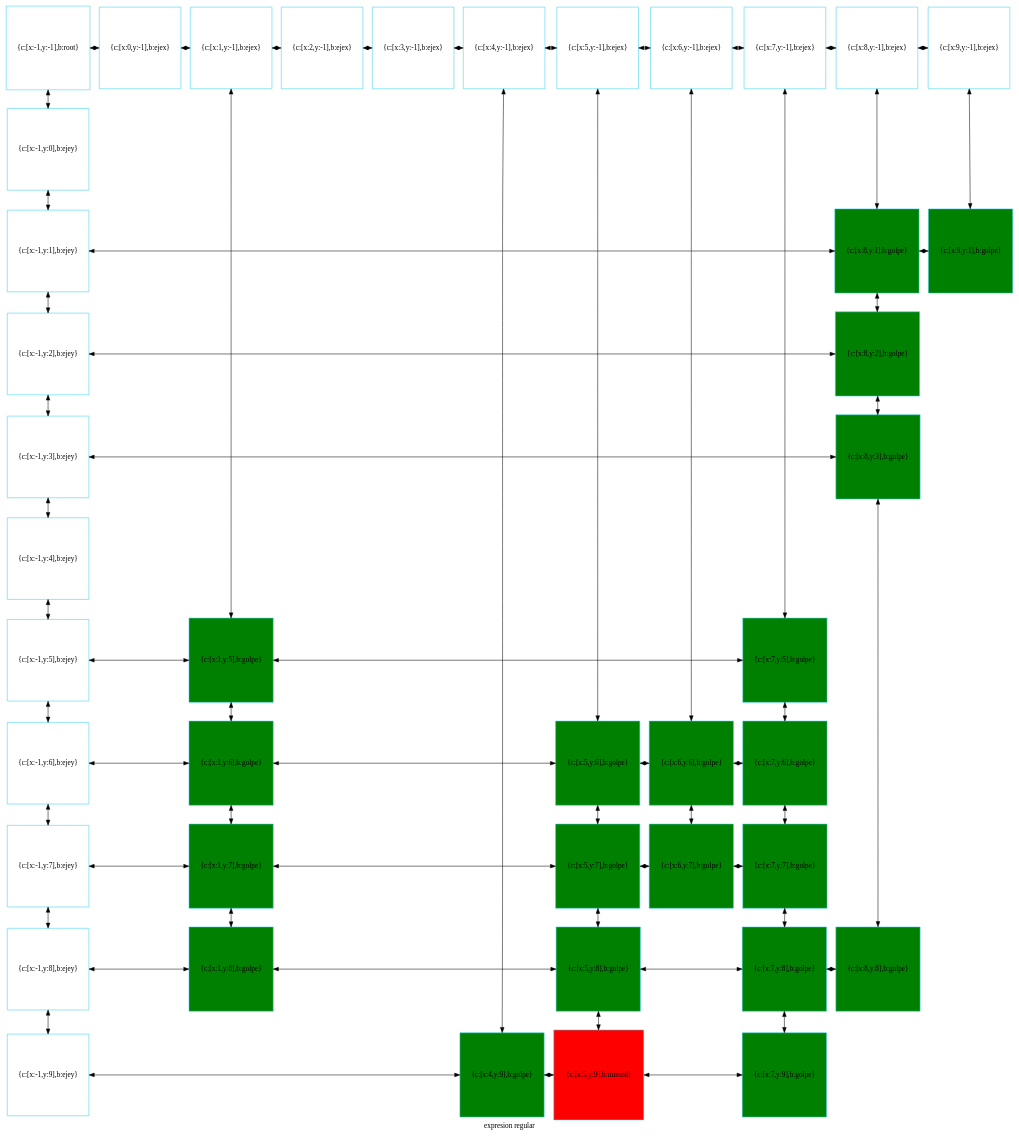
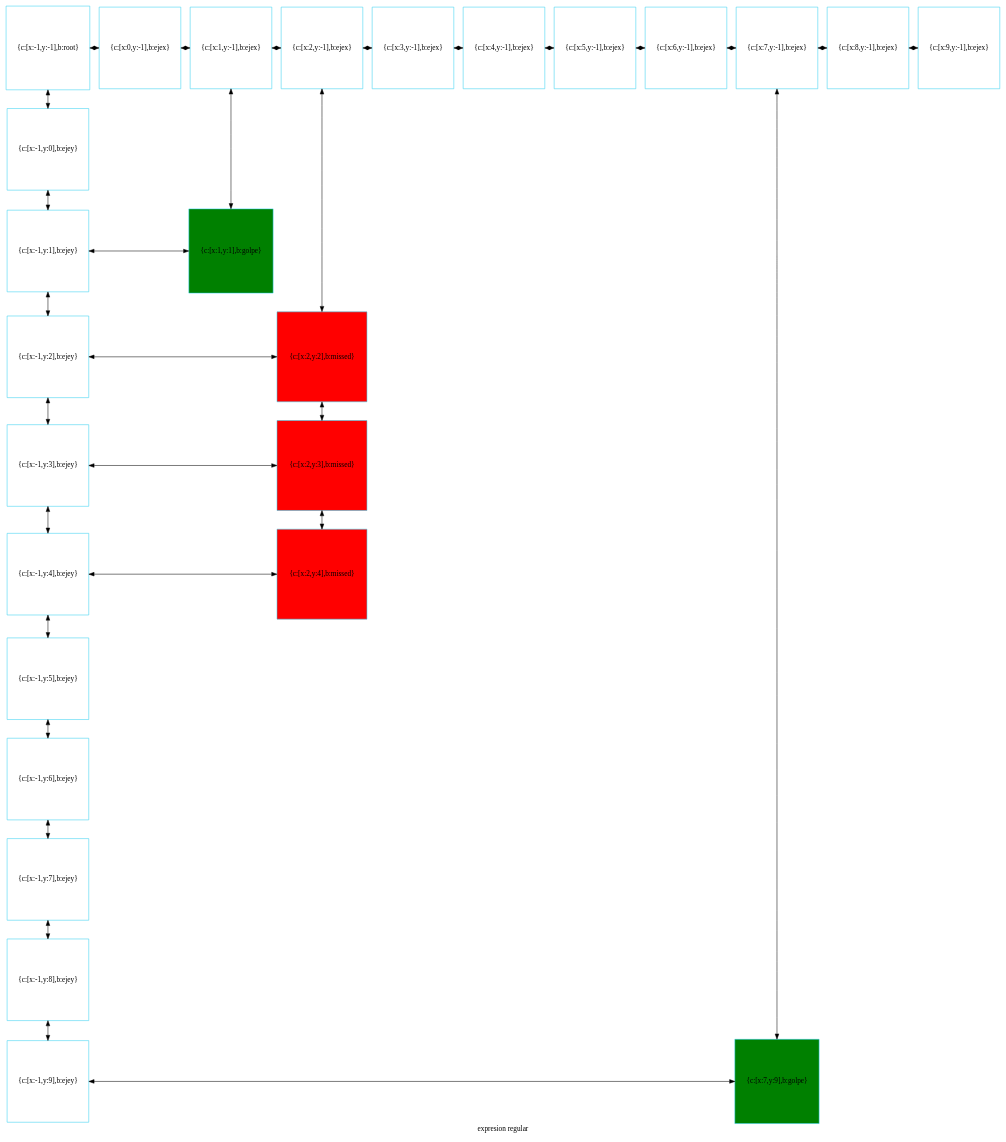
Before and after one commit to betebetoven/EDDS2F2: the diagram in disp_jug.dot, drawn with Graphviz. The commit also changed 41 other files, not shown here.

```diff
--- a/disp_jug.dot
+++ b/disp_jug.dot
@@ -1,124 +1,76 @@
 digraph G
 {label="expresion regular"
         node[shape = square]
         node[style = filled]
         node[fillcolor = "#EEEEE"]
         node[color = "#EEEEE"]
         node[color = "#31CEF0"]
 
-1731289695136[label="{c:[x:-1,y:-1],b:root}",fillcolor = "white"]
-1731289695280[label="{c:[x:0,y:-1],b:ejex}",fillcolor = "white"]
-1731289695424[label="{c:[x:1,y:-1],b:ejex}",fillcolor = "white"]
-1731289695568[label="{c:[x:2,y:-1],b:ejex}",fillcolor = "white"]
-1731289695712[label="{c:[x:3,y:-1],b:ejex}",fillcolor = "white"]
-1731289695856[label="{c:[x:4,y:-1],b:ejex}",fillcolor = "white"]
-1731289696000[label="{c:[x:5,y:-1],b:ejex}",fillcolor = "white"]
-1731289696144[label="{c:[x:6,y:-1],b:ejex}",fillcolor = "white"]
-1731289696288[label="{c:[x:7,y:-1],b:ejex}",fillcolor = "white"]
-1731289696432[label="{c:[x:8,y:-1],b:ejex}",fillcolor = "white"]
-1731289696576[label="{c:[x:9,y:-1],b:ejex}",fillcolor = "white"]
-1731289696720[label="{c:[x:-1,y:0],b:ejey}",fillcolor = "white"]
-1731289696864[label="{c:[x:-1,y:1],b:ejey}",fillcolor = "white"]
-1731289414432[label="{c:[x:8,y:1],b:golpe}",fillcolor = "green"]
-1731289665488[label="{c:[x:9,y:1],b:golpe}",fillcolor = "green"]
-1731289697008[label="{c:[x:-1,y:2],b:ejey}",fillcolor = "white"]
-1731289414768[label="{c:[x:8,y:2],b:golpe}",fillcolor = "green"]
-1731289697152[label="{c:[x:-1,y:3],b:ejey}",fillcolor = "white"]
-1731289415104[label="{c:[x:8,y:3],b:golpe}",fillcolor = "green"]
-1731289697296[label="{c:[x:-1,y:4],b:ejey}",fillcolor = "white"]
-1731289697440[label="{c:[x:-1,y:5],b:ejey}",fillcolor = "white"]
-1731289413088[label="{c:[x:1,y:5],b:golpe}",fillcolor = "green"]
-1731289664288[label="{c:[x:7,y:5],b:golpe}",fillcolor = "green"]
-1731289697584[label="{c:[x:-1,y:6],b:ejey}",fillcolor = "white"]
-1731289413424[label="{c:[x:1,y:6],b:golpe}",fillcolor = "green"]
-1731289415440[label="{c:[x:5,y:6],b:golpe}",fillcolor = "green"]
-1731289662944[label="{c:[x:6,y:6],b:golpe}",fillcolor = "green"]
-1731289663280[label="{c:[x:7,y:6],b:golpe}",fillcolor = "green"]
-1731289697728[label="{c:[x:-1,y:7],b:ejey}",fillcolor = "white"]
-1731289413760[label="{c:[x:1,y:7],b:golpe}",fillcolor = "green"]
-1731289661600[label="{c:[x:5,y:7],b:golpe}",fillcolor = "green"]
-1731289663952[label="{c:[x:6,y:7],b:golpe}",fillcolor = "green"]
-1731289663136[label="{c:[x:7,y:7],b:golpe}",fillcolor = "green"]
-1731289697872[label="{c:[x:-1,y:8],b:ejey}",fillcolor = "white"]
-1731289414096[label="{c:[x:1,y:8],b:golpe}",fillcolor = "green"]
-1731289661936[label="{c:[x:5,y:8],b:golpe}",fillcolor = "green"]
-1731289662608[label="{c:[x:7,y:8],b:golpe}",fillcolor = "green"]
-1731289665104[label="{c:[x:8,y:8],b:golpe}",fillcolor = "green"]
-1731289698016[label="{c:[x:-1,y:9],b:ejey}",fillcolor = "white"]
-1731289664624[label="{c:[x:4,y:9],b:golpe}",fillcolor = "green"]
-1731289710208[label="{c:[x:5,y:9],b:missed}",fillcolor = "red"]
-1731289662368[label="{c:[x:7,y:9],b:golpe}",fillcolor = "green"]
-1731289695136->1731289696720[dir = both];
-1731289696720->1731289696864[dir = both];
-1731289696864->1731289697008[dir = both];
-1731289697008->1731289697152[dir = both];
-1731289697152->1731289697296[dir = both];
-1731289697296->1731289697440[dir = both];
-1731289697440->1731289697584[dir = both];
-1731289697584->1731289697728[dir = both];
-1731289697728->1731289697872[dir = both];
-1731289697872->1731289698016[dir = both];
-1731289695424->1731289413088[dir = both];
-1731289413088->1731289413424[dir = both];
-1731289413424->1731289413760[dir = both];
-1731289413760->1731289414096[dir = both];
-1731289695856->1731289664624[dir = both];
-1731289696000->1731289415440[dir = both];
-1731289415440->1731289661600[dir = both];
-1731289661600->1731289661936[dir = both];
-1731289661936->1731289710208[dir = both];
-1731289696144->1731289662944[dir = both];
-1731289662944->1731289663952[dir = both];
-1731289696288->1731289664288[dir = both];
-1731289664288->1731289663280[dir = both];
-1731289663280->1731289663136[dir = both];
-1731289663136->1731289662608[dir = both];
-1731289662608->1731289662368[dir = both];
-1731289696432->1731289414432[dir = both];
-1731289414432->1731289414768[dir = both];
-1731289414768->1731289415104[dir = both];
-1731289415104->1731289665104[dir = both];
-1731289696576->1731289665488[dir = both];
-1731289695136->1731289695280[dir = both];
-1731289695280->1731289695424[dir = both];
-1731289695424->1731289695568[dir = both];
-1731289695568->1731289695712[dir = both];
-1731289695712->1731289695856[dir = both];
-1731289695856->1731289696000[dir = both];
-1731289696000->1731289696144[dir = both];
-1731289696144->1731289696288[dir = both];
-1731289696288->1731289696432[dir = both];
-1731289696432->1731289696576[dir = both];
-1731289696864->1731289414432[constraint=false,dir = both];
-1731289414432->1731289665488[constraint=false,dir = both];
-1731289697008->1731289414768[constraint=false,dir = both];
-1731289697152->1731289415104[constraint=false,dir = both];
-1731289697440->1731289413088[constraint=false,dir = both];
-1731289413088->1731289664288[constraint=false,dir = both];
-1731289697584->1731289413424[constraint=false,dir = both];
-1731289413424->1731289415440[constraint=false,dir = both];
-1731289415440->1731289662944[constraint=false,dir = both];
-1731289662944->1731289663280[constraint=false,dir = both];
-1731289697728->1731289413760[constraint=false,dir = both];
-1731289413760->1731289661600[constraint=false,dir = both];
-1731289661600->1731289663952[constraint=false,dir = both];
-1731289663952->1731289663136[constraint=false,dir = both];
-1731289697872->1731289414096[constraint=false,dir = both];
-1731289414096->1731289661936[constraint=false,dir = both];
-1731289661936->1731289662608[constraint=false,dir = both];
-1731289662608->1731289665104[constraint=false,dir = both];
-1731289698016->1731289664624[constraint=false,dir = both];
-1731289664624->1731289710208[constraint=false,dir = both];
-1731289710208->1731289662368[constraint=false,dir = both];
- {rank=same; 1731289695136;1731289695280;1731289695424;1731289695568;1731289695712;1731289695856;1731289696000;1731289696144;1731289696288;1731289696432;1731289696576;}
- {rank=same; 1731289696720;}
- {rank=same; 1731289696864;1731289414432;1731289665488;}
- {rank=same; 1731289697008;1731289414768;}
- {rank=same; 1731289697152;1731289415104;}
- {rank=same; 1731289697296;}
- {rank=same; 1731289697440;1731289413088;1731289664288;}
- {rank=same; 1731289697584;1731289413424;1731289415440;1731289662944;1731289663280;}
- {rank=same; 1731289697728;1731289413760;1731289661600;1731289663952;1731289663136;}
- {rank=same; 1731289697872;1731289414096;1731289661936;1731289662608;1731289665104;}
- {rank=same; 1731289698016;1731289664624;1731289710208;1731289662368;}
+1654816221424[label="{c:[x:-1,y:-1],b:root}",fillcolor = "white"]
+1654816221568[label="{c:[x:0,y:-1],b:ejex}",fillcolor = "white"]
+1654816221712[label="{c:[x:1,y:-1],b:ejex}",fillcolor = "white"]
+1654816221856[label="{c:[x:2,y:-1],b:ejex}",fillcolor = "white"]
+1654816222000[label="{c:[x:3,y:-1],b:ejex}",fillcolor = "white"]
+1654816222144[label="{c:[x:4,y:-1],b:ejex}",fillcolor = "white"]
+1654816222288[label="{c:[x:5,y:-1],b:ejex}",fillcolor = "white"]
+1654816222432[label="{c:[x:6,y:-1],b:ejex}",fillcolor = "white"]
+1654816222576[label="{c:[x:7,y:-1],b:ejex}",fillcolor = "white"]
+1654816222720[label="{c:[x:8,y:-1],b:ejex}",fillcolor = "white"]
+1654816222864[label="{c:[x:9,y:-1],b:ejex}",fillcolor = "white"]
+1654816223008[label="{c:[x:-1,y:0],b:ejey}",fillcolor = "white"]
+1654816223152[label="{c:[x:-1,y:1],b:ejey}",fillcolor = "white"]
+1654816010400[label="{c:[x:1,y:1],b:golpe}",fillcolor = "green"]
+1654816223296[label="{c:[x:-1,y:2],b:ejey}",fillcolor = "white"]
+1654816299648[label="{c:[x:2,y:2],b:missed}",fillcolor = "red"]
+1654816223440[label="{c:[x:-1,y:3],b:ejey}",fillcolor = "white"]
+1654816296960[label="{c:[x:2,y:3],b:missed}",fillcolor = "red"]
+1654816223584[label="{c:[x:-1,y:4],b:ejey}",fillcolor = "white"]
+1654816297296[label="{c:[x:2,y:4],b:missed}",fillcolor = "red"]
+1654816223728[label="{c:[x:-1,y:5],b:ejey}",fillcolor = "white"]
+1654816223872[label="{c:[x:-1,y:6],b:ejey}",fillcolor = "white"]
+1654816224016[label="{c:[x:-1,y:7],b:ejey}",fillcolor = "white"]
+1654816224160[label="{c:[x:-1,y:8],b:ejey}",fillcolor = "white"]
+1654816224304[label="{c:[x:-1,y:9],b:ejey}",fillcolor = "white"]
+1654816008000[label="{c:[x:7,y:9],b:golpe}",fillcolor = "green"]
+1654816221424->1654816223008[dir = both];
+1654816223008->1654816223152[dir = both];
+1654816223152->1654816223296[dir = both];
+1654816223296->1654816223440[dir = both];
+1654816223440->1654816223584[dir = both];
+1654816223584->1654816223728[dir = both];
+1654816223728->1654816223872[dir = both];
+1654816223872->1654816224016[dir = both];
+1654816224016->1654816224160[dir = both];
+1654816224160->1654816224304[dir = both];
+1654816221712->1654816010400[dir = both];
+1654816221856->1654816299648[dir = both];
+1654816299648->1654816296960[dir = both];
+1654816296960->1654816297296[dir = both];
+1654816222576->1654816008000[dir = both];
+1654816221424->1654816221568[dir = both];
+1654816221568->1654816221712[dir = both];
+1654816221712->1654816221856[dir = both];
+1654816221856->1654816222000[dir = both];
+1654816222000->1654816222144[dir = both];
+1654816222144->1654816222288[dir = both];
+1654816222288->1654816222432[dir = both];
+1654816222432->1654816222576[dir = both];
+1654816222576->1654816222720[dir = both];
+1654816222720->1654816222864[dir = both];
+1654816223152->1654816010400[constraint=false,dir = both];
+1654816223296->1654816299648[constraint=false,dir = both];
+1654816223440->1654816296960[constraint=false,dir = both];
+1654816223584->1654816297296[constraint=false,dir = both];
+1654816224304->1654816008000[constraint=false,dir = both];
+ {rank=same; 1654816221424;1654816221568;1654816221712;1654816221856;1654816222000;1654816222144;1654816222288;1654816222432;1654816222576;1654816222720;1654816222864;}
+ {rank=same; 1654816223008;}
+ {rank=same; 1654816223152;1654816010400;}
+ {rank=same; 1654816223296;1654816299648;}
+ {rank=same; 1654816223440;1654816296960;}
+ {rank=same; 1654816223584;1654816297296;}
+ {rank=same; 1654816223728;}
+ {rank=same; 1654816223872;}
+ {rank=same; 1654816224016;}
+ {rank=same; 1654816224160;}
+ {rank=same; 1654816224304;1654816008000;}
 }
```
